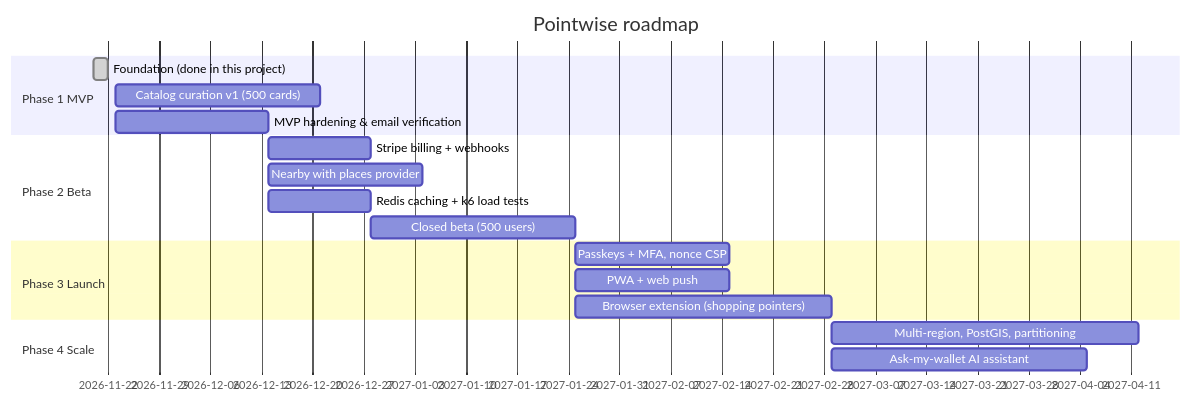
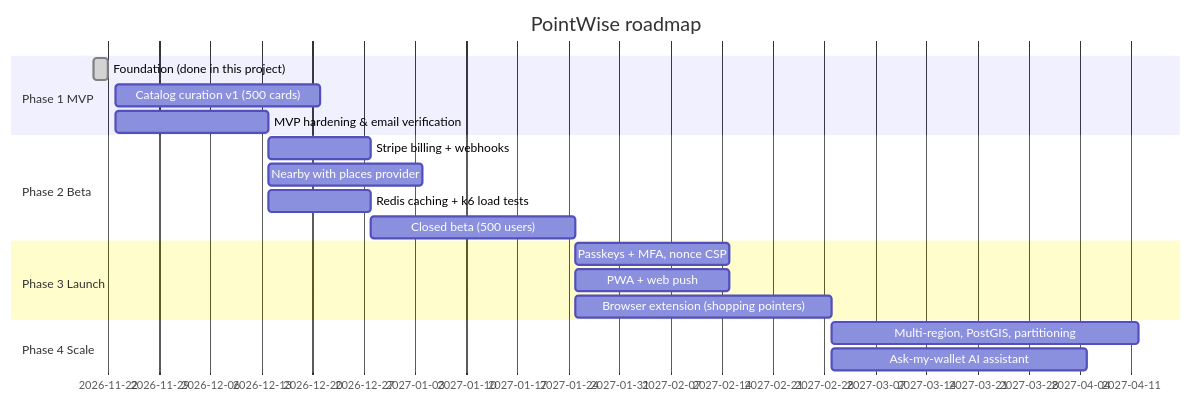
The diagram in diagrams/roadmap-01.mmd (swansong77/pointwise), drawn with Mermaid before and after one commit. The commit also changed 8 other files, not shown here.

First line of the commit message:
Apply the PointWise name to the top-level docs, schema comments and test catalog

```diff
--- a/diagrams/roadmap-01.mmd
+++ b/diagrams/roadmap-01.mmd
@@ -1,19 +1,19 @@
 gantt
   dateFormat YYYY-MM-DD
-  title Pointwise roadmap
+  title PointWise roadmap
   section Phase 1 MVP
   Foundation (done in this project)      :done, p1a, 2026-11-20, 2d
   Catalog curation v1 (500 cards)        :p1b, 2026-11-23, 4w
   MVP hardening & email verification     :p1c, 2026-11-23, 3w
   section Phase 2 Beta
   Stripe billing + webhooks              :p2a, after p1c, 2w
   Nearby with places provider            :p2b, after p1c, 3w
   Redis caching + k6 load tests          :p2c, after p1c, 2w
   Closed beta (500 users)                :p2d, after p2a, 4w
   section Phase 3 Launch
   Passkeys + MFA, nonce CSP              :p3a, after p2d, 3w
   PWA + web push                         :p3b, after p2d, 3w
   Browser extension (shopping pointers)  :p3c, after p2d, 5w
   section Phase 4 Scale
   Multi-region, PostGIS, partitioning    :p4a, after p3c, 6w
   Ask-my-wallet AI assistant             :p4b, after p3c, 5w
```
